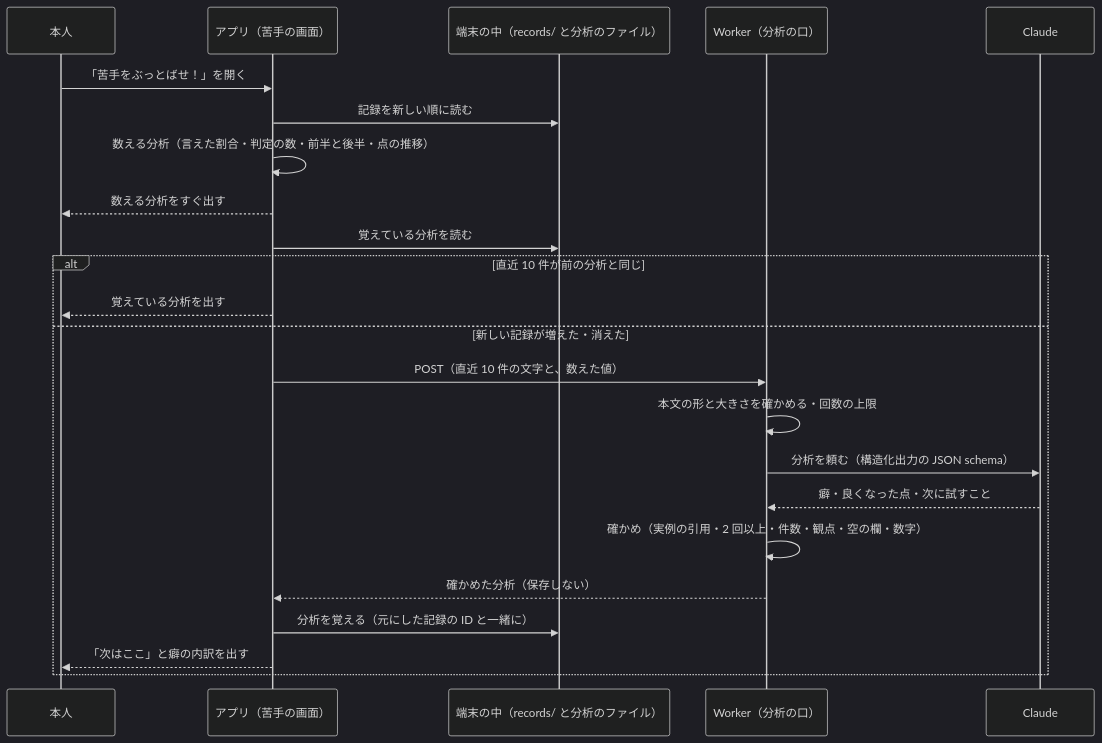
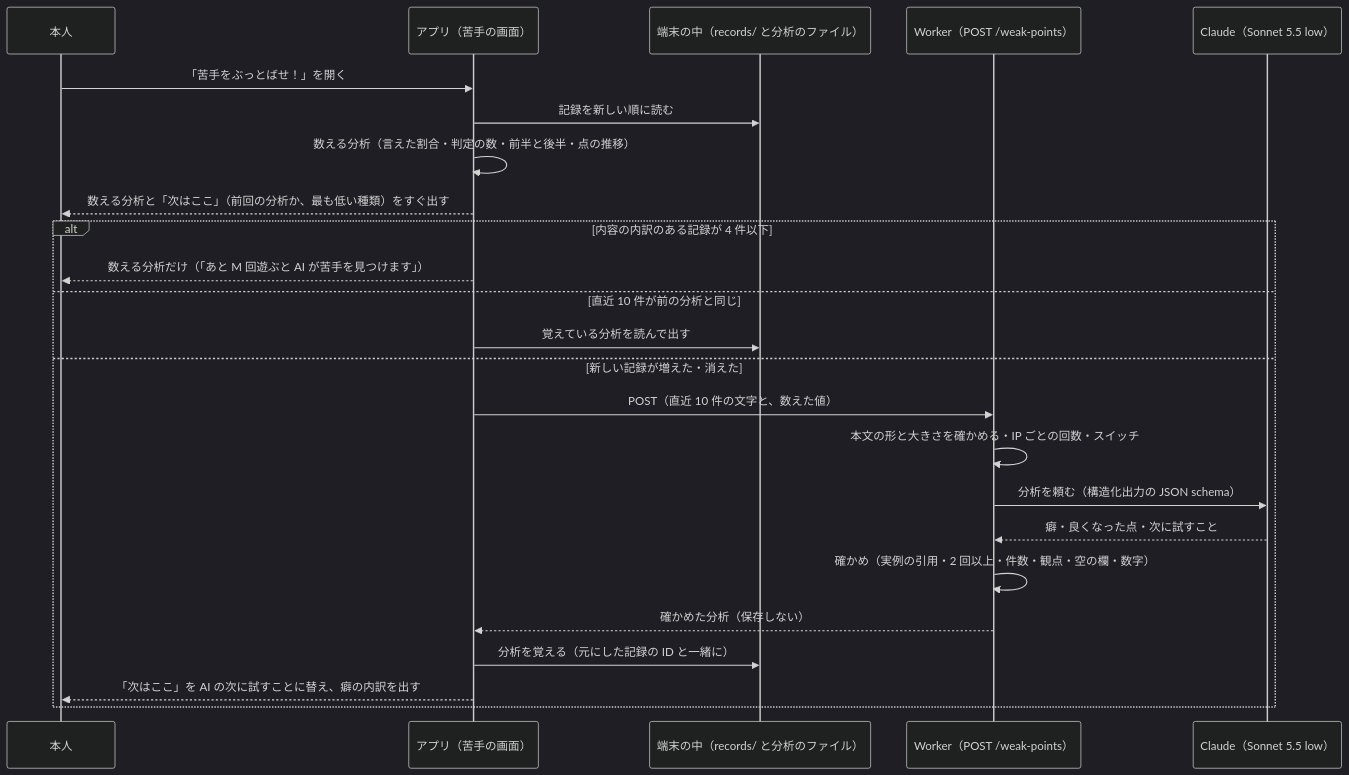
Before and after one commit to jphacks/ng_2622: the diagram in docs/design/weak-point-analysis.md, drawn with Mermaid (dark theme). The commit also changed other lines of this file, not shown here.

````diff
--- a/docs/design/weak-point-analysis.md
+++ b/docs/design/weak-point-analysis.md
@@ -66,25 +82,26 @@
 ```mermaid
 sequenceDiagram
   participant U as 本人
   participant A as アプリ（苦手の画面）
   participant S as 端末の中（records/ と分析のファイル）
-  participant W as Worker（分析の口）
-  participant C as Claude
+  participant W as Worker（POST /weak-points）
+  participant C as Claude（Sonnet 5.5 low）
   U->>A: 「苦手をぶっとばせ！」を開く
   A->>S: 記録を新しい順に読む
   A->>A: 数える分析（言えた割合・判定の数・前半と後半・点の推移）
-  A-->>U: 数える分析をすぐ出す
-  A->>S: 覚えている分析を読む
-  alt 直近 10 件が前の分析と同じ
-    A-->>U: 覚えている分析を出す
+  A-->>U: 数える分析と「次はここ」（前回の分析か、最も低い種類）をすぐ出す
+  alt 内容の内訳のある記録が 4 件以下
+    A-->>U: 数える分析だけ（「あと M 回遊ぶと AI が苦手を見つけます」）
+  else 直近 10 件が前の分析と同じ
+    A->>S: 覚えている分析を読んで出す
   else 新しい記録が増えた・消えた
     A->>W: POST（直近 10 件の文字と、数えた値）
-    W->>W: 本文の形と大きさを確かめる・回数の上限
+    W->>W: 本文の形と大きさを確かめる・IP ごとの回数・スイッチ
     W->>C: 分析を頼む（構造化出力の JSON schema）
     C-->>W: 癖・良くなった点・次に試すこと
     W->>W: 確かめ（実例の引用・2 回以上・件数・観点・空の欄・数字）
     W-->>A: 確かめた分析（保存しない）
     A->>S: 分析を覚える（元にした記録の ID と一緒に）
-    A-->>U: 「次はここ」と癖の内訳を出す
+    A-->>U: 「次はここ」を AI の次に試すことに替え、癖の内訳を出す
   end
 ```
````
